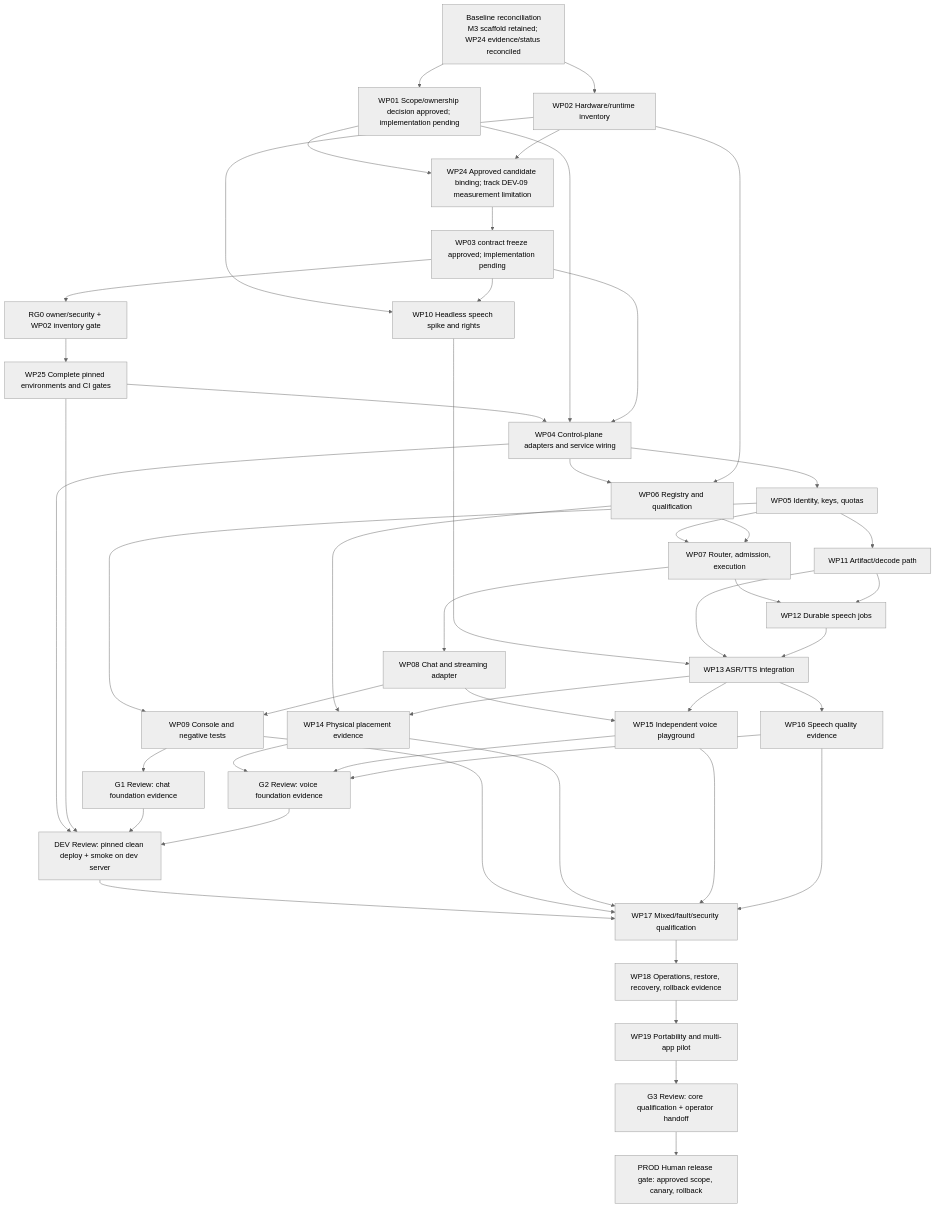
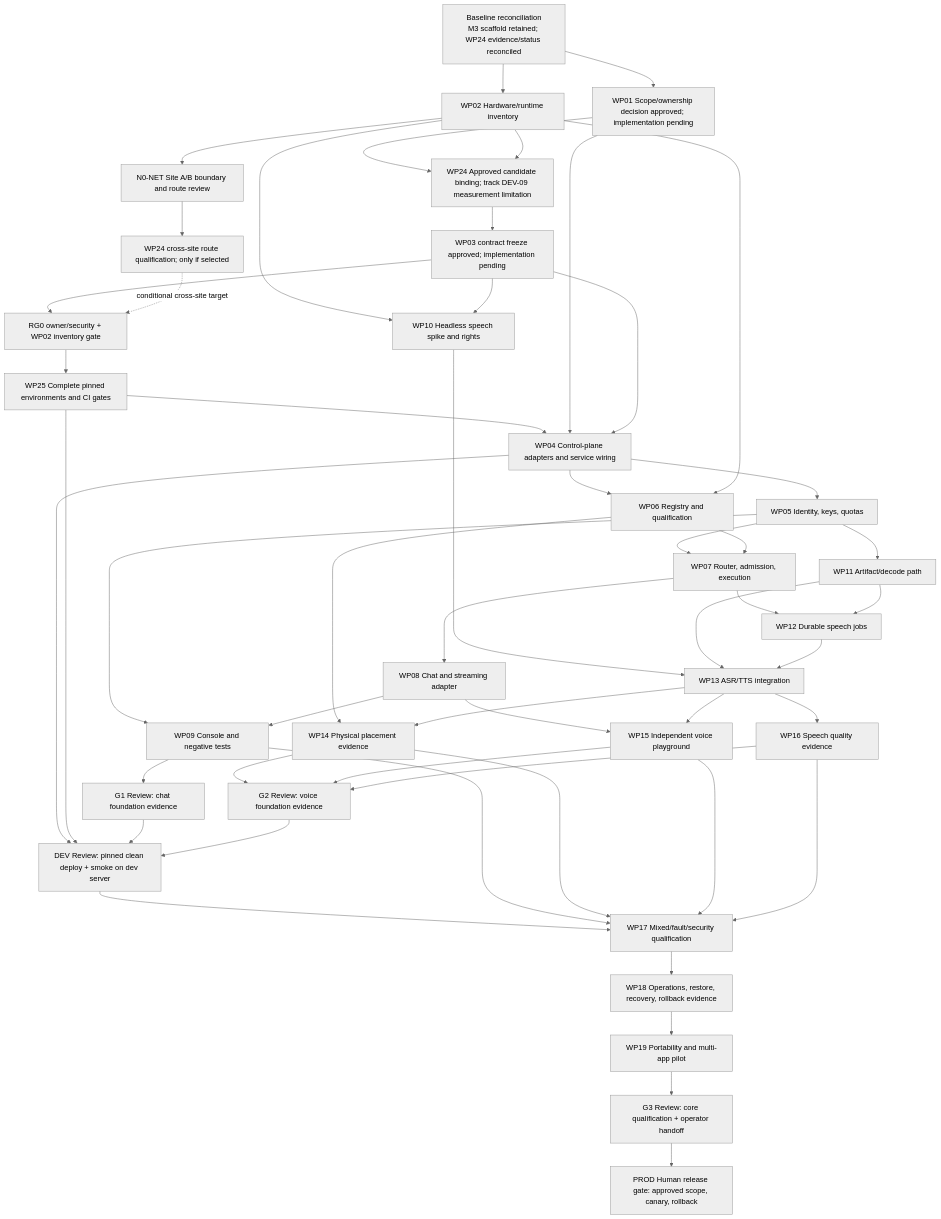
The diagram in docs/EXECUTION-DAG-PRP.md (Freshair129/Private-Runtime-Platform), drawn with Mermaid (neutral theme) before and after one commit. The commit also changed other lines of this file and 26 other files, not shown here.

Commit message:
docs(network): define gated cross-site boundary

```diff
--- a/docs/EXECUTION-DAG-PRP.md
+++ b/docs/EXECUTION-DAG-PRP.md
@@ -42,6 +42,8 @@
   WP01["WP01 Scope/ownership decision approved; implementation pending"]
   WP02["WP02 Hardware/runtime inventory"]
   WP24["WP24 Approved candidate binding; track DEV-09 measurement limitation"]
+  N0NET["N0-NET Site A/B boundary and route review"]
+  WP24X["WP24 cross-site route qualification; only if selected"]
   WP03["WP03 contract freeze approved; implementation pending"]
   RG0["RG0 owner/security + WP02 inventory gate"]
   WP25["WP25 Complete pinned environments and CI gates"]
@@ -71,8 +73,11 @@
   BASE --> WP02
   WP01 --> WP24
   WP02 --> WP24
+  WP02 --> N0NET
+  N0NET --> WP24X
   WP24 --> WP03
   WP03 --> RG0
+  WP24X -. conditional cross-site target .-> RG0
   RG0 --> WP25
   WP25 --> WP04
   WP01 --> WP04
```
